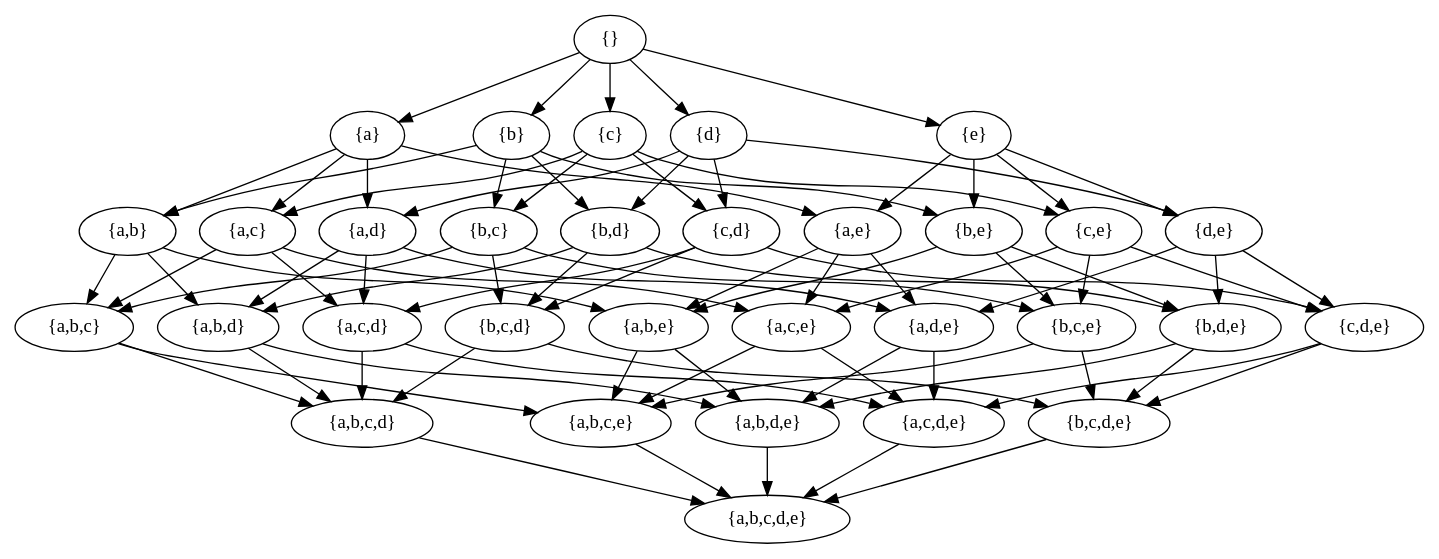
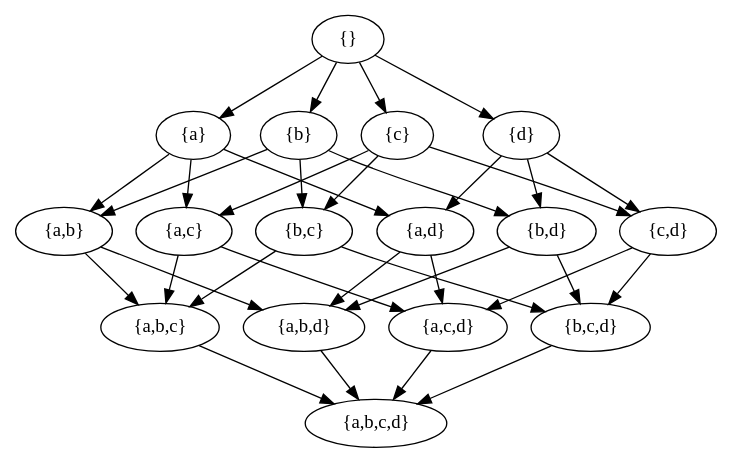
One commit to FloKes/ProgramAnalysis changed the diagram in src/graphviz/input.dot. Above: the diagram before and after it, drawn with Graphviz. The commit also changed 3 other files, not shown here.

Commit message:
Graphviz can generate input.dot file

```diff
--- a/src/graphviz/input.dot
+++ b/src/graphviz/input.dot
@@ -1,81 +1,33 @@
 digraph programGraph{"{}" -> "{a}" 
 "{}" -> "{b}" 
 "{}" -> "{c}" 
 "{}" -> "{d}" 
-"{}" -> "{e}" 
 "{a}" -> "{a,b}" 
 "{a}" -> "{a,c}" 
 "{a}" -> "{a,d}" 
-"{a}" -> "{a,e}" 
 "{b}" -> "{a,b}" 
 "{b}" -> "{b,c}" 
 "{b}" -> "{b,d}" 
-"{b}" -> "{b,e}" 
 "{a,b}" -> "{a,b,c}" 
 "{a,b}" -> "{a,b,d}" 
-"{a,b}" -> "{a,b,e}" 
 "{c}" -> "{a,c}" 
 "{c}" -> "{b,c}" 
 "{c}" -> "{c,d}" 
-"{c}" -> "{c,e}" 
 "{a,c}" -> "{a,b,c}" 
 "{a,c}" -> "{a,c,d}" 
-"{a,c}" -> "{a,c,e}" 
 "{b,c}" -> "{a,b,c}" 
 "{b,c}" -> "{b,c,d}" 
-"{b,c}" -> "{b,c,e}" 
 "{a,b,c}" -> "{a,b,c,d}" 
-"{a,b,c}" -> "{a,b,c,e}" 
 "{d}" -> "{a,d}" 
 "{d}" -> "{b,d}" 
 "{d}" -> "{c,d}" 
-"{d}" -> "{d,e}" 
 "{a,d}" -> "{a,b,d}" 
 "{a,d}" -> "{a,c,d}" 
-"{a,d}" -> "{a,d,e}" 
 "{b,d}" -> "{a,b,d}" 
 "{b,d}" -> "{b,c,d}" 
-"{b,d}" -> "{b,d,e}" 
 "{a,b,d}" -> "{a,b,c,d}" 
-"{a,b,d}" -> "{a,b,d,e}" 
 "{c,d}" -> "{a,c,d}" 
 "{c,d}" -> "{b,c,d}" 
-"{c,d}" -> "{c,d,e}" 
 "{a,c,d}" -> "{a,b,c,d}" 
-"{a,c,d}" -> "{a,c,d,e}" 
 "{b,c,d}" -> "{a,b,c,d}" 
-"{b,c,d}" -> "{b,c,d,e}" 
-"{a,b,c,d}" -> "{a,b,c,d,e}" 
-"{e}" -> "{a,e}" 
-"{e}" -> "{b,e}" 
-"{e}" -> "{c,e}" 
-"{e}" -> "{d,e}" 
-"{a,e}" -> "{a,b,e}" 
-"{a,e}" -> "{a,c,e}" 
-"{a,e}" -> "{a,d,e}" 
-"{b,e}" -> "{a,b,e}" 
-"{b,e}" -> "{b,c,e}" 
-"{b,e}" -> "{b,d,e}" 
-"{a,b,e}" -> "{a,b,c,e}" 
-"{a,b,e}" -> "{a,b,d,e}" 
-"{c,e}" -> "{a,c,e}" 
-"{c,e}" -> "{b,c,e}" 
-"{c,e}" -> "{c,d,e}" 
-"{a,c,e}" -> "{a,b,c,e}" 
-"{a,c,e}" -> "{a,c,d,e}" 
-"{b,c,e}" -> "{a,b,c,e}" 
-"{b,c,e}" -> "{b,c,d,e}" 
-"{a,b,c,e}" -> "{a,b,c,d,e}" 
-"{d,e}" -> "{a,d,e}" 
-"{d,e}" -> "{b,d,e}" 
-"{d,e}" -> "{c,d,e}" 
-"{a,d,e}" -> "{a,b,d,e}" 
-"{a,d,e}" -> "{a,c,d,e}" 
-"{b,d,e}" -> "{a,b,d,e}" 
-"{b,d,e}" -> "{b,c,d,e}" 
-"{a,b,d,e}" -> "{a,b,c,d,e}" 
-"{c,d,e}" -> "{a,c,d,e}" 
-"{c,d,e}" -> "{b,c,d,e}" 
-"{a,c,d,e}" -> "{a,b,c,d,e}" 
-"{b,c,d,e}" -> "{a,b,c,d,e}" 
 }
```
